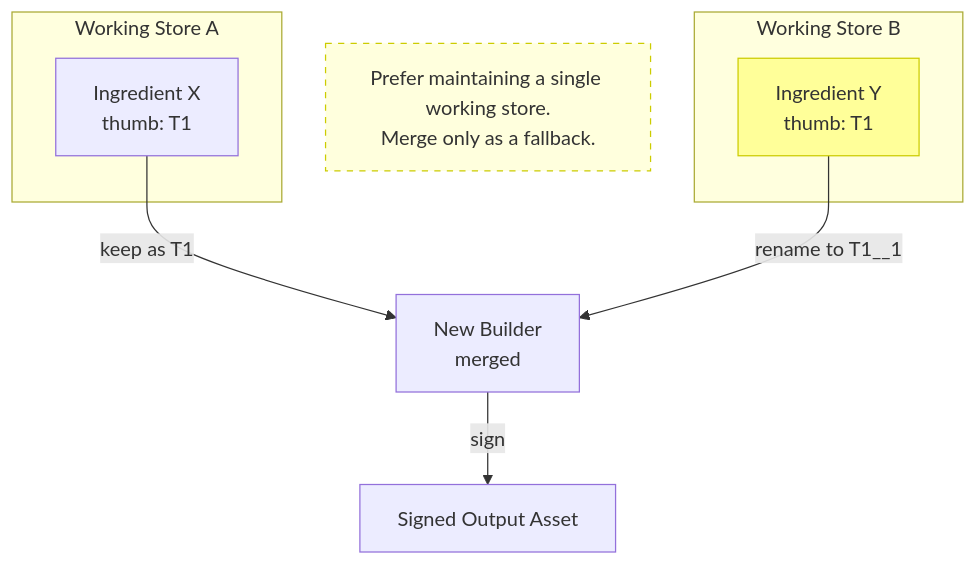
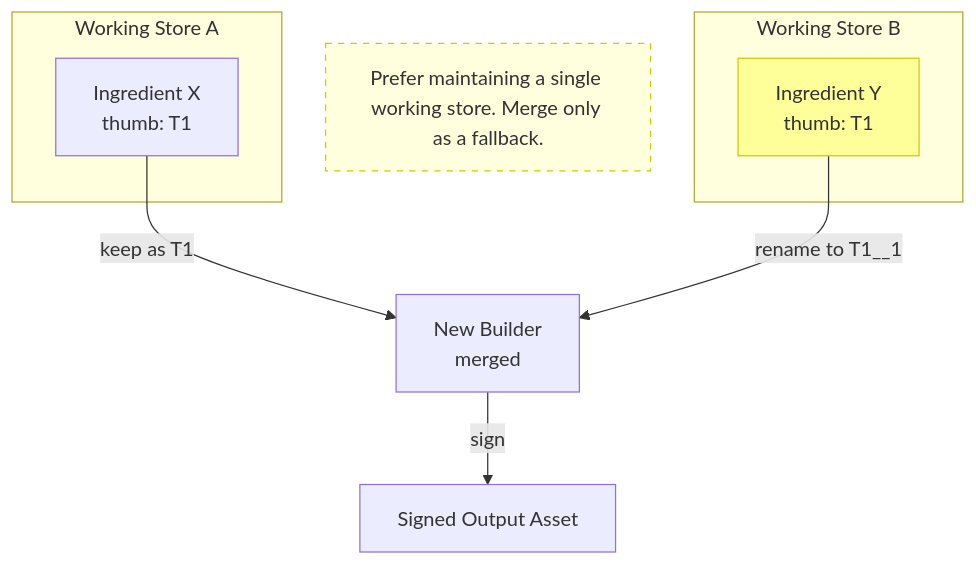
Before and after one commit to contentauth/c2pa-c: the seventh of 11 diagrams in docs/selective-manifests.md, drawn with Mermaid. The commit also changed other lines of this file, not shown here.

````diff
--- a/docs/selective-manifests.md
+++ b/docs/selective-manifests.md
@@ -344,16 +344,16 @@
 ```mermaid
 flowchart TD
     subgraph WS1["Working Store A"]
         IX[Ingredient X\nthumb: T1]
     end
     subgraph WS2["Working Store B"]
         IY[Ingredient Y\nthumb: T1]
     end
     IX -->|"keep as T1"| NB[New Builder\nmerged]
     IY -->|"rename to T1__1"| NB
     NB -->|sign| OUT[Signed Output Asset]
     style IY fill:#ff9,stroke:#cc0
 
-    NOTE["Prefer maintaining a single working store.\nMerge only as a fallback."]
+    NOTE["Prefer maintaining a single working store. Merge only as a fallback."]
     style NOTE fill:#ffd,stroke:#cc0,stroke-dasharray: 5 5
 ```
````
